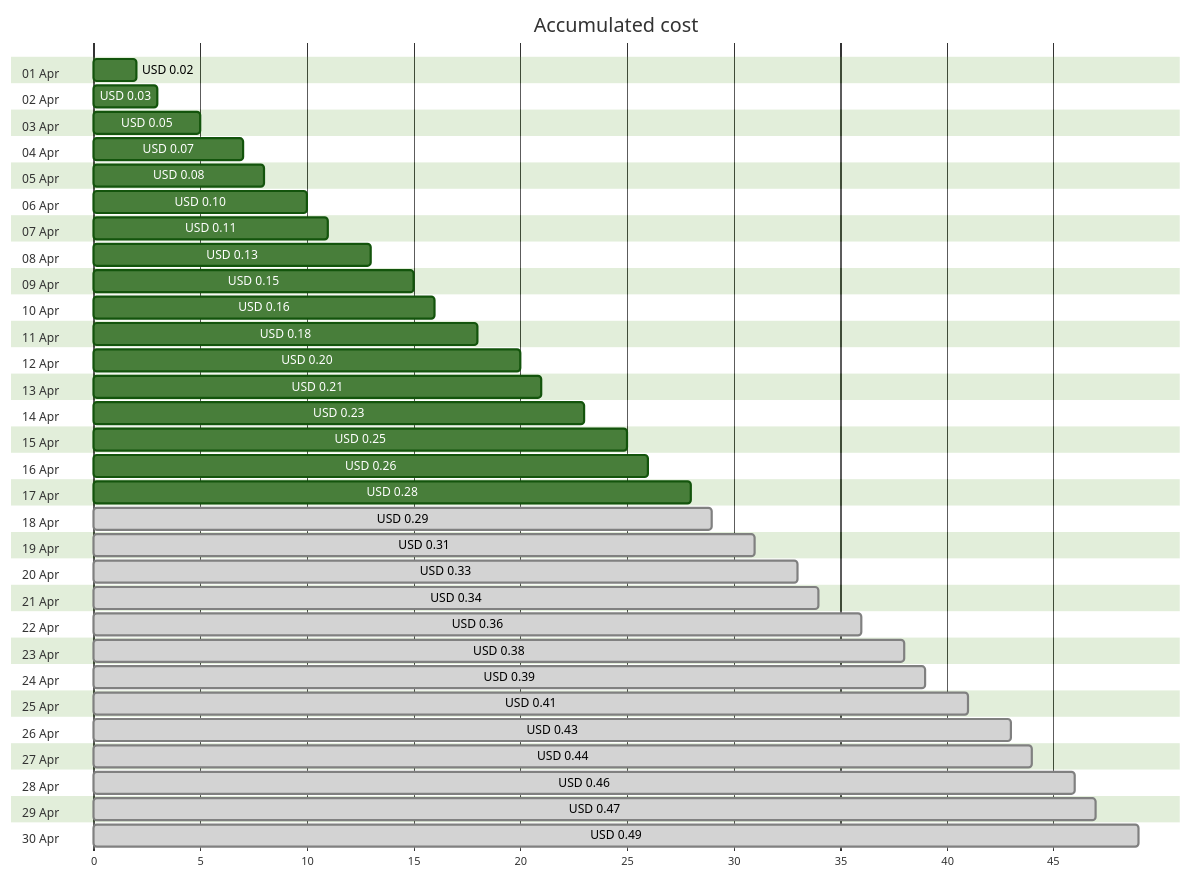
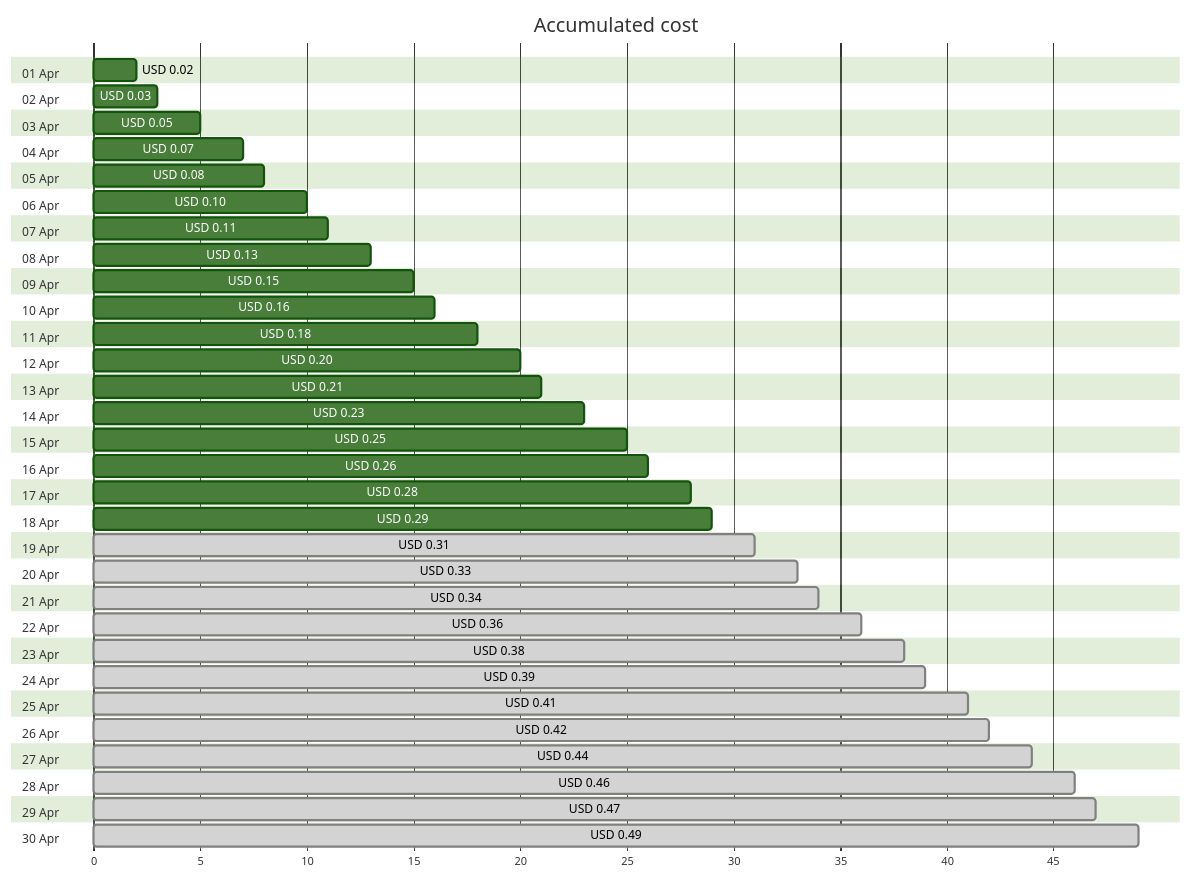
The first of 4 diagrams in cost-reports/personal-dns/jpatrickfulton.com.md (jpfulton/azure-personal-reports), drawn with Mermaid (forest theme) before and after one commit. The commit also changed other lines of this file and 2 other files, not shown here.

````diff
--- a/cost-reports/personal-dns/jpatrickfulton.com.md
+++ b/cost-reports/personal-dns/jpatrickfulton.com.md
@@ -20,66 +20,66 @@
 ```mermaid
 gantt
    title Accumulated cost
    dateFormat  X
    axisFormat %s
    section 01 Apr
    USD 0.02 :0, 2
    section 02 Apr
    USD 0.03 :0, 3
    section 03 Apr
    USD 0.05 :0, 5
    section 04 Apr
    USD 0.07 :0, 7
    section 05 Apr
    USD 0.08 :0, 8
    section 06 Apr
    USD 0.10 :0, 10
    section 07 Apr
    USD 0.11 :0, 11
    section 08 Apr
    USD 0.13 :0, 13
    section 09 Apr
    USD 0.15 :0, 15
    section 10 Apr
    USD 0.16 :0, 16
    section 11 Apr
    USD 0.18 :0, 18
    section 12 Apr
    USD 0.20 :0, 20
    section 13 Apr
    USD 0.21 :0, 21
    section 14 Apr
    USD 0.23 :0, 23
    section 15 Apr
    USD 0.25 :0, 25
    section 16 Apr
    USD 0.26 :0, 26
    section 17 Apr
    USD 0.28 :0, 28
    section 18 Apr
-   USD 0.29 : done, 0, 29
+   USD 0.29 :0, 29
    section 19 Apr
    USD 0.31 : done, 0, 31
    section 20 Apr
    USD 0.33 : done, 0, 33
    section 21 Apr
    USD 0.34 : done, 0, 34
    section 22 Apr
    USD 0.36 : done, 0, 36
    section 23 Apr
    USD 0.38 : done, 0, 38
    section 24 Apr
    USD 0.39 : done, 0, 39
    section 25 Apr
    USD 0.41 : done, 0, 41
    section 26 Apr
-   USD 0.43 : done, 0, 43
+   USD 0.42 : done, 0, 42
    section 27 Apr
    USD 0.44 : done, 0, 44
    section 28 Apr
    USD 0.46 : done, 0, 46
    section 29 Apr
    USD 0.47 : done, 0, 47
    section 30 Apr
    USD 0.49 : done, 0, 49
 ```
````
